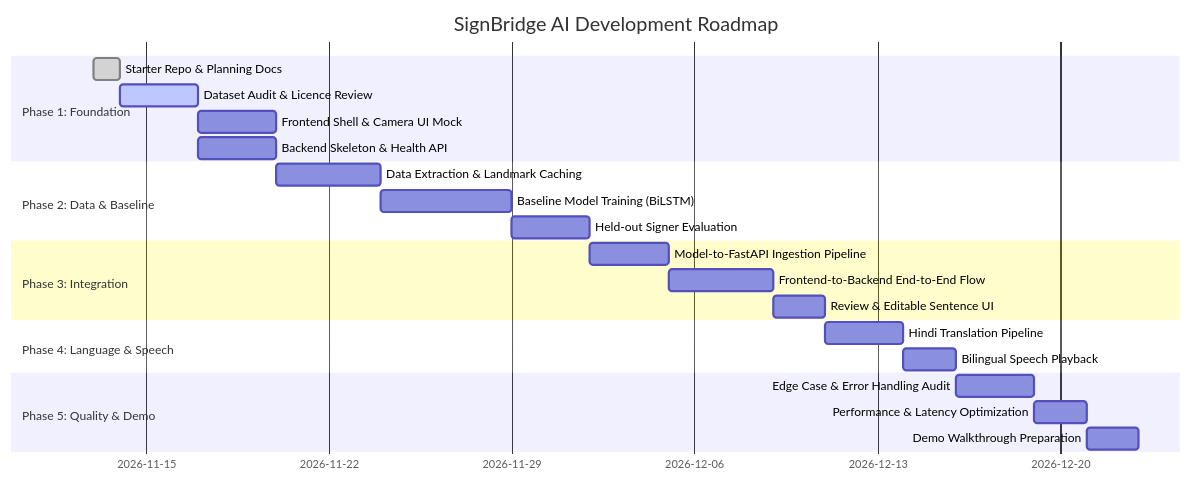
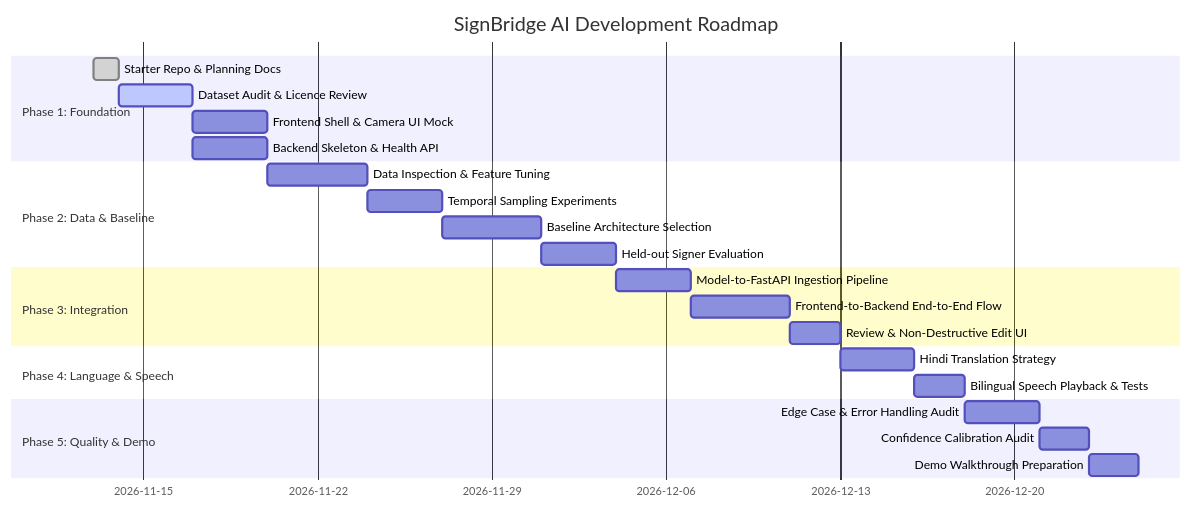
The second of 3 diagrams in docs/implementation-plan/01-master-plan.md (sengarbhoomi22-bot/SignBridge-Ai), drawn with Mermaid before and after one commit. The commit also changed other lines of this file and 5 other files, not shown here.

````diff
--- a/docs/implementation-plan/01-master-plan.md
+++ b/docs/implementation-plan/01-master-plan.md
@@ -154,25 +180,26 @@
 ```mermaid
 gantt
     title SignBridge AI Development Roadmap
     dateFormat  YYYY-MM-DD
     section Phase 1: Foundation
     Starter Repo & Planning Docs       :done,    p1a, 2026-11-13, 1d
     Dataset Audit & Licence Review     :active,  p1b, after p1a, 3d
     Frontend Shell & Camera UI Mock    :         p1c, after p1b, 3d
     Backend Skeleton & Health API      :         p1d, after p1b, 3d
     section Phase 2: Data & Baseline
-    Data Extraction & Landmark Caching :         p2a, after p1d, 4d
-    Baseline Model Training (BiLSTM)   :         p2b, after p2a, 5d
-    Held-out Signer Evaluation         :         p2c, after p2b, 3d
+    Data Inspection & Feature Tuning   :         p2a, after p1d, 4d
+    Temporal Sampling Experiments      :         p2b, after p2a, 3d
+    Baseline Architecture Selection    :         p2c, after p2b, 4d
+    Held-out Signer Evaluation         :         p2d, after p2c, 3d
     section Phase 3: Integration
-    Model-to-FastAPI Ingestion Pipeline:         p3a, after p2c, 3d
+    Model-to-FastAPI Ingestion Pipeline:         p3a, after p2d, 3d
     Frontend-to-Backend End-to-End Flow:         p3b, after p3a, 4d
-    Review & Editable Sentence UI      :         p3c, after p3b, 2d
+    Review & Non-Destructive Edit UI   :         p3c, after p3b, 2d
     section Phase 4: Language & Speech
-    Hindi Translation Pipeline         :         p4a, after p3c, 3d
-    Bilingual Speech Playback          :         p4b, after p4a, 2d
+    Hindi Translation Strategy         :         p4a, after p3c, 3d
+    Bilingual Speech Playback & Tests  :         p4b, after p4a, 2d
     section Phase 5: Quality & Demo
     Edge Case & Error Handling Audit   :         p5a, after p4b, 3d
-    Performance & Latency Optimization :         p5b, after p5a, 2d
+    Confidence Calibration Audit       :         p5b, after p5a, 2d
     Demo Walkthrough Preparation       :         p5c, after p5b, 2d
 ```
````
